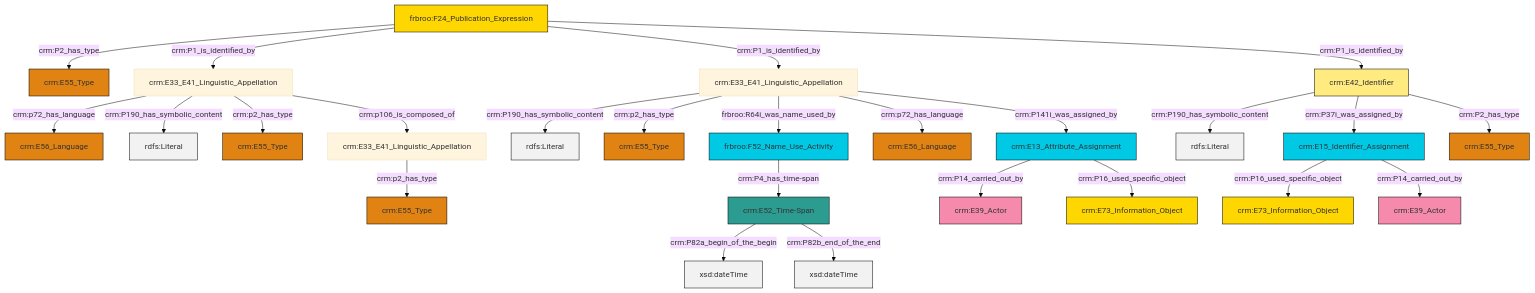
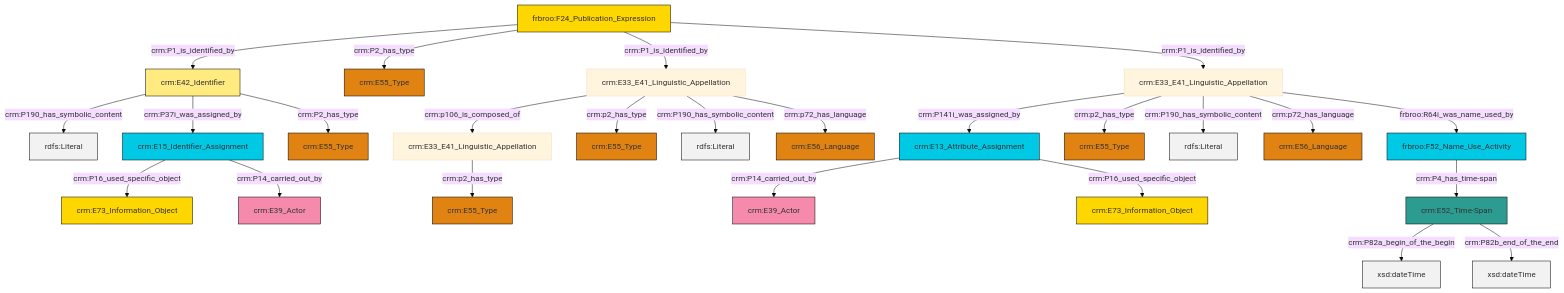
One commit to ncarboni/srdm changed the diagram in et/biblioCSV/ttl/mmd/biblio_name.ttl.mmd. Above: the diagram before and after it, drawn with Mermaid (base theme). The commit also changed 184 other files, not shown here.

```diff
--- a/et/biblioCSV/ttl/mmd/biblio_name.ttl.mmd
+++ b/et/biblioCSV/ttl/mmd/biblio_name.ttl.mmd
@@ -1,39 +1,39 @@
 graph TD
 classDef Literal fill:#f2f2f2,stroke:#000000;
 classDef CRM_Entity fill:#FFFFFF,stroke:#000000;
 classDef Temporal_Entity fill:#00C9E6, stroke:#000000;
 classDef Type fill:#E18312, stroke:#000000;
 classDef Time-Span fill:#2C9C91, stroke:#000000;
 classDef Appellation fill:#FFEB7F, stroke:#000000;
 classDef Place fill:#008836, stroke:#000000;
 classDef Persistent_Item fill:#B266B2, stroke:#000000;
 classDef Conceptual_Object fill:#FFD700, stroke:#000000;
 classDef Physical_Thing fill:#D2B48C, stroke:#000000;
 classDef Actor fill:#f58aad, stroke:#000000;
 classDef PC_Classes fill:#4ce600, stroke:#000000;
 classDef Multi fill:#cccccc,stroke:#000000;
 
-2["crm:E52_Time-Span"]:::Time-Span -->|crm:P82a_begin_of_the_begin| 3[xsd:dateTime]:::Literal
-6["crm:E33_E41_Linguistic_Appellation"]:::Default -->|crm:P190_has_symbolic_content| 7[rdfs:Literal]:::Literal
-8["crm:E33_E41_Linguistic_Appellation"]:::Default -->|crm:p72_has_language| 9["crm:E56_Language"]:::Type
-6["crm:E33_E41_Linguistic_Appellation"]:::Default -->|crm:p2_has_type| 4["crm:E55_Type"]:::Type
-6["crm:E33_E41_Linguistic_Appellation"]:::Default -->|frbroo:R64i_was_name_used_by| 10["frbroo:F52_Name_Use_Activity"]:::Temporal_Entity
-11["crm:E13_Attribute_Assignment"]:::Temporal_Entity -->|crm:P14_carried_out_by| 12["crm:E39_Actor"]:::Actor
-11["crm:E13_Attribute_Assignment"]:::Temporal_Entity -->|crm:P16_used_specific_object| 13["crm:E73_Information_Object"]:::Conceptual_Object
-14["frbroo:F24_Publication_Expression"]:::Conceptual_Object -->|crm:P2_has_type| 15["crm:E55_Type"]:::Type
-2["crm:E52_Time-Span"]:::Time-Span -->|crm:P82b_end_of_the_end| 16[xsd:dateTime]:::Literal
-10["frbroo:F52_Name_Use_Activity"]:::Temporal_Entity -->|crm:P4_has_time-span| 2["crm:E52_Time-Span"]:::Time-Span
-21["crm:E33_E41_Linguistic_Appellation"]:::Default -->|crm:p2_has_type| 19["crm:E55_Type"]:::Type
-14["frbroo:F24_Publication_Expression"]:::Conceptual_Object -->|crm:P1_is_identified_by| 8["crm:E33_E41_Linguistic_Appellation"]:::Default
-22["crm:E42_Identifier"]:::Appellation -->|crm:P190_has_symbolic_content| 23[rdfs:Literal]:::Literal
-22["crm:E42_Identifier"]:::Appellation -->|crm:P37i_was_assigned_by| 0["crm:E15_Identifier_Assignment"]:::Temporal_Entity
-0["crm:E15_Identifier_Assignment"]:::Temporal_Entity -->|crm:P16_used_specific_object| 26["crm:E73_Information_Object"]:::Conceptual_Object
-6["crm:E33_E41_Linguistic_Appellation"]:::Default -->|crm:p72_has_language| 31["crm:E56_Language"]:::Type
-0["crm:E15_Identifier_Assignment"]:::Temporal_Entity -->|crm:P14_carried_out_by| 28["crm:E39_Actor"]:::Actor
-8["crm:E33_E41_Linguistic_Appellation"]:::Default -->|crm:P190_has_symbolic_content| 37[rdfs:Literal]:::Literal
-14["frbroo:F24_Publication_Expression"]:::Conceptual_Object -->|crm:P1_is_identified_by| 6["crm:E33_E41_Linguistic_Appellation"]:::Default
-8["crm:E33_E41_Linguistic_Appellation"]:::Default -->|crm:p2_has_type| 17["crm:E55_Type"]:::Type
-6["crm:E33_E41_Linguistic_Appellation"]:::Default -->|crm:P141i_was_assigned_by| 11["crm:E13_Attribute_Assignment"]:::Temporal_Entity
-22["crm:E42_Identifier"]:::Appellation -->|crm:P2_has_type| 42["crm:E55_Type"]:::Type
-8["crm:E33_E41_Linguistic_Appellation"]:::Default -->|crm:p106_is_composed_of| 21["crm:E33_E41_Linguistic_Appellation"]:::Default
-14["frbroo:F24_Publication_Expression"]:::Conceptual_Object -->|crm:P1_is_identified_by| 22["crm:E42_Identifier"]:::Appellation
+0["crm:E33_E41_Linguistic_Appellation"]:::Default -->|crm:P141i_was_assigned_by| 1["crm:E13_Attribute_Assignment"]:::Temporal_Entity
+2["crm:E33_E41_Linguistic_Appellation"]:::Default -->|crm:p106_is_composed_of| 3["crm:E33_E41_Linguistic_Appellation"]:::Default
+6["frbroo:F24_Publication_Expression"]:::Conceptual_Object -->|crm:P1_is_identified_by| 7["crm:E42_Identifier"]:::Appellation
+0["crm:E33_E41_Linguistic_Appellation"]:::Default -->|crm:p2_has_type| 12["crm:E55_Type"]:::Type
+7["crm:E42_Identifier"]:::Appellation -->|crm:P190_has_symbolic_content| 13[rdfs:Literal]:::Literal
+2["crm:E33_E41_Linguistic_Appellation"]:::Default -->|crm:p2_has_type| 14["crm:E55_Type"]:::Type
+17["crm:E52_Time-Span"]:::Time-Span -->|crm:P82a_begin_of_the_begin| 18[xsd:dateTime]:::Literal
+20["frbroo:F52_Name_Use_Activity"]:::Temporal_Entity -->|crm:P4_has_time-span| 17["crm:E52_Time-Span"]:::Time-Span
+21["crm:E15_Identifier_Assignment"]:::Temporal_Entity -->|crm:P16_used_specific_object| 4["crm:E73_Information_Object"]:::Conceptual_Object
+0["crm:E33_E41_Linguistic_Appellation"]:::Default -->|crm:P190_has_symbolic_content| 22[rdfs:Literal]:::Literal
+2["crm:E33_E41_Linguistic_Appellation"]:::Default -->|crm:P190_has_symbolic_content| 23[rdfs:Literal]:::Literal
+21["crm:E15_Identifier_Assignment"]:::Temporal_Entity -->|crm:P14_carried_out_by| 28["crm:E39_Actor"]:::Actor
+1["crm:E13_Attribute_Assignment"]:::Temporal_Entity -->|crm:P14_carried_out_by| 29["crm:E39_Actor"]:::Actor
+0["crm:E33_E41_Linguistic_Appellation"]:::Default -->|crm:p72_has_language| 10["crm:E56_Language"]:::Type
+2["crm:E33_E41_Linguistic_Appellation"]:::Default -->|crm:p72_has_language| 24["crm:E56_Language"]:::Type
+6["frbroo:F24_Publication_Expression"]:::Conceptual_Object -->|crm:P2_has_type| 15["crm:E55_Type"]:::Type
+3["crm:E33_E41_Linguistic_Appellation"]:::Default -->|crm:p2_has_type| 8["crm:E55_Type"]:::Type
+1["crm:E13_Attribute_Assignment"]:::Temporal_Entity -->|crm:P16_used_specific_object| 39["crm:E73_Information_Object"]:::Conceptual_Object
+7["crm:E42_Identifier"]:::Appellation -->|crm:P37i_was_assigned_by| 21["crm:E15_Identifier_Assignment"]:::Temporal_Entity
+7["crm:E42_Identifier"]:::Appellation -->|crm:P2_has_type| 26["crm:E55_Type"]:::Type
+6["frbroo:F24_Publication_Expression"]:::Conceptual_Object -->|crm:P1_is_identified_by| 2["crm:E33_E41_Linguistic_Appellation"]:::Default
+0["crm:E33_E41_Linguistic_Appellation"]:::Default -->|frbroo:R64i_was_name_used_by| 20["frbroo:F52_Name_Use_Activity"]:::Temporal_Entity
+17["crm:E52_Time-Span"]:::Time-Span -->|crm:P82b_end_of_the_end| 45[xsd:dateTime]:::Literal
+6["frbroo:F24_Publication_Expression"]:::Conceptual_Object -->|crm:P1_is_identified_by| 0["crm:E33_E41_Linguistic_Appellation"]:::Default
```
